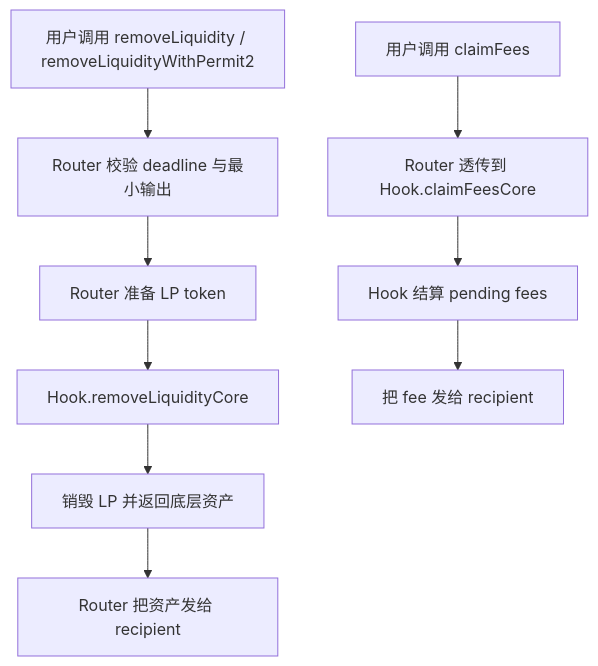
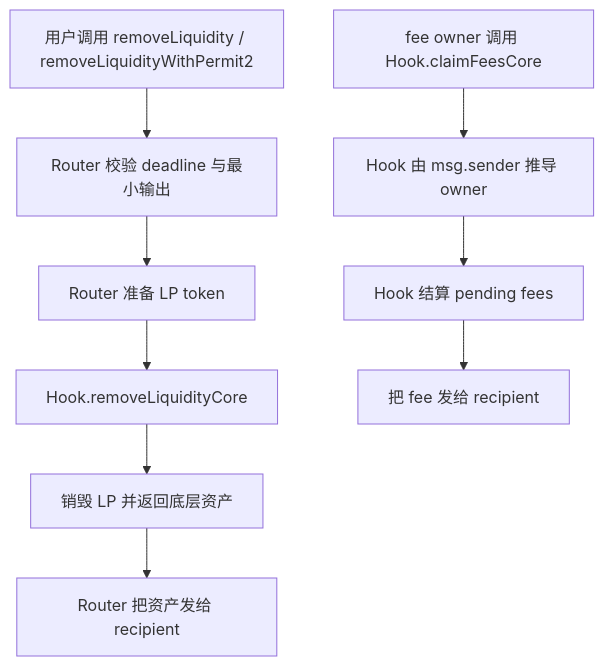
Before and after one commit to OutrunBuild/MemeverseV2: the sixth of 7 diagrams in docs/spec/swap/swap-flow.md, drawn with Mermaid. The commit also changed other lines of this file and 24 other files, not shown here.

````diff
--- a/docs/spec/swap/swap-flow.md
+++ b/docs/spec/swap/swap-flow.md
@@ -124,12 +129,12 @@
 ```mermaid
 flowchart TD
     A[用户调用 removeLiquidity / removeLiquidityWithPermit2] --> B[Router 校验 deadline 与最小输出]
     B --> C[Router 准备 LP token]
     C --> D[Hook.removeLiquidityCore]
     D --> E[销毁 LP 并返回底层资产]
     E --> F[Router 把资产发给 recipient]
 
-    G[用户调用 claimFees] --> H[Router 透传到 Hook.claimFeesCore]
+    G[fee owner 调用 Hook.claimFeesCore] --> H[Hook 由 msg.sender 推导 owner]
     H --> I[Hook 结算 pending fees]
     I --> J[把 fee 发给 recipient]
 ```
````
